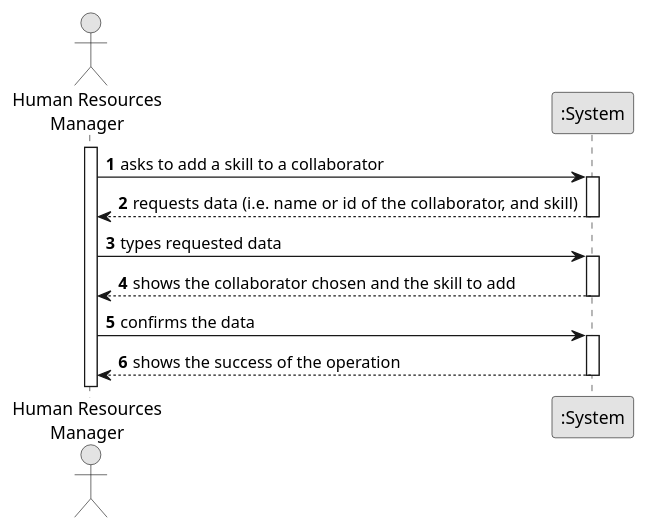
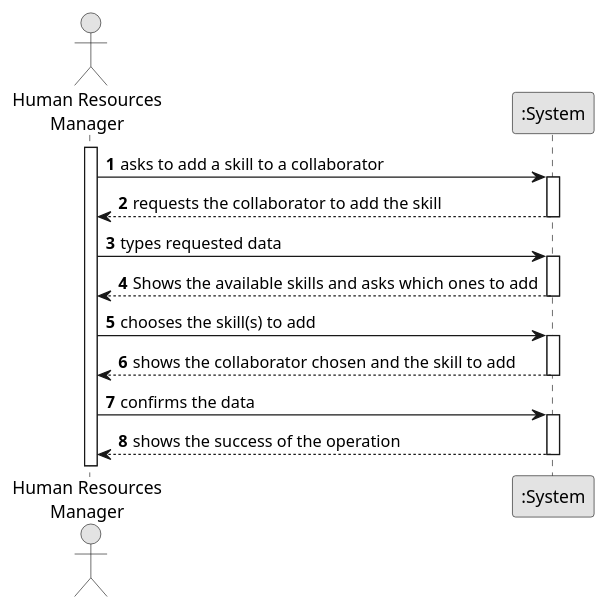
The diagram in docs/sprintA/us004/01.requirements-engineering/puml/us004-alternative-one.puml (RicardoMorim/lapr2-ISEP-Project), drawn with PlantUML before and after one commit. The commit also changed 6 other files, not shown here.

```diff
--- a/docs/sprintA/us004/01.requirements-engineering/puml/us004-alternative-one.puml
+++ b/docs/sprintA/us004/01.requirements-engineering/puml/us004-alternative-one.puml
@@ -1,35 +1,40 @@
 @startuml
 skinparam monochrome true
 skinparam packageStyle rectangle
 skinparam shadowing false
 
 
 
 autonumber
 
 actor "Human Resources\nManager" as Employee
 participant ":System" as System
 
 activate Employee
 
     Employee -> System : asks to add a skill to a collaborator
     activate System
 
 
-    System --> Employee : requests data (i.e. name or id of the collaborator, and skill)
+    System --> Employee : requests the collaborator to add the skill
     deactivate System
 
     Employee -> System : types requested data
     activate System
 
+    System --> Employee : Shows the available skills and asks which ones to add
+    deactivate System
+
+    Employee -> System : chooses the skill(s) to add
+    activate System
 
     System --> Employee : shows the collaborator chosen and the skill to add
     deactivate System
 
     Employee -> System : confirms the data
     activate System
 
     System --> Employee : shows the success of the operation
     deactivate System
 
 @enduml
```
